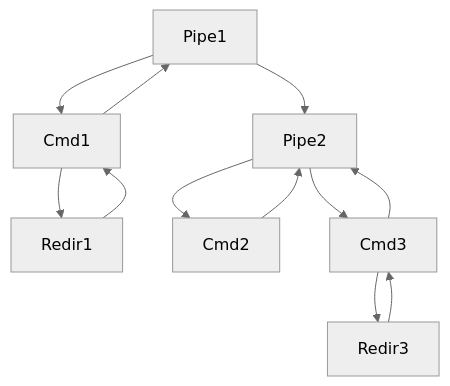
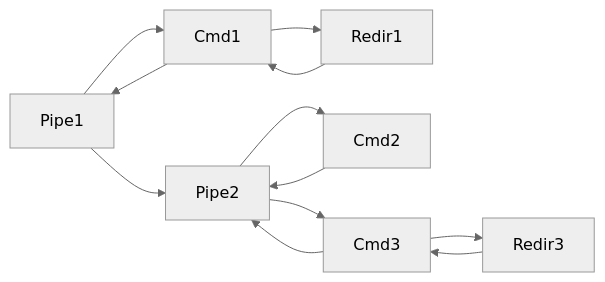
One commit to Makasabi/minishell_42 changed the diagram in README.md. Above: the diagram before and after it, drawn with Mermaid (neutral theme).

````diff
--- a/README.md
+++ b/README.md
@@ -50,14 +50,15 @@
 ```mermaid
-graph TD;
+
+flowchart LR;
    Pipe1-->Cmd1;
    Cmd1-->Pipe1;
    Cmd1-->Redir1;
    Redir1-->Cmd1;
    Pipe1-->Pipe2;
    Pipe2-->Cmd2;
    Cmd2-->Pipe2;
    Pipe2-->Cmd3;
    Cmd3-->Pipe2;
    Cmd3-->Redir3;
    Redir3-->Cmd3;
 ```
````
